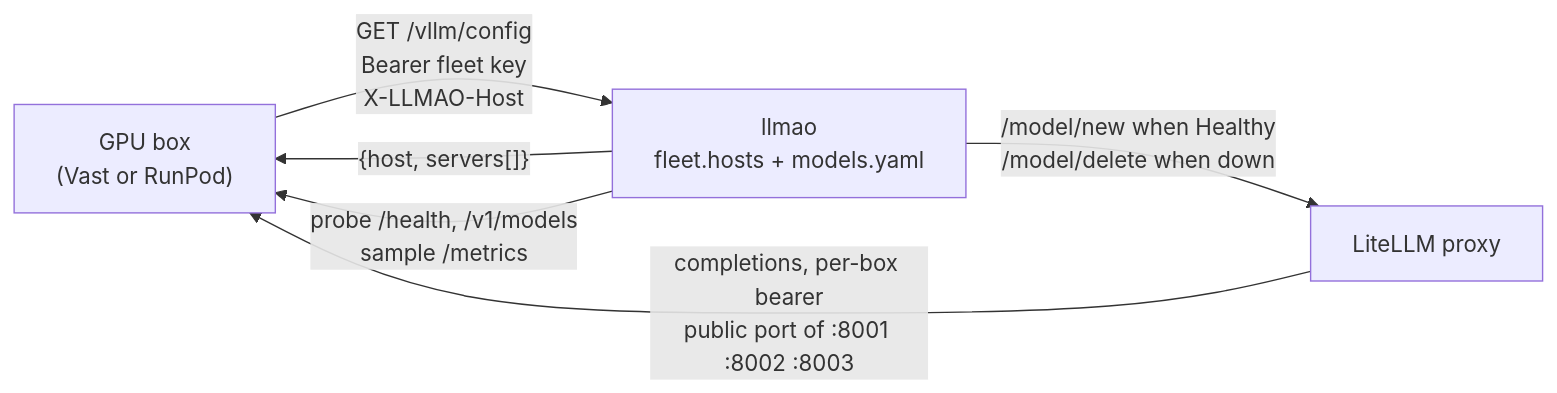
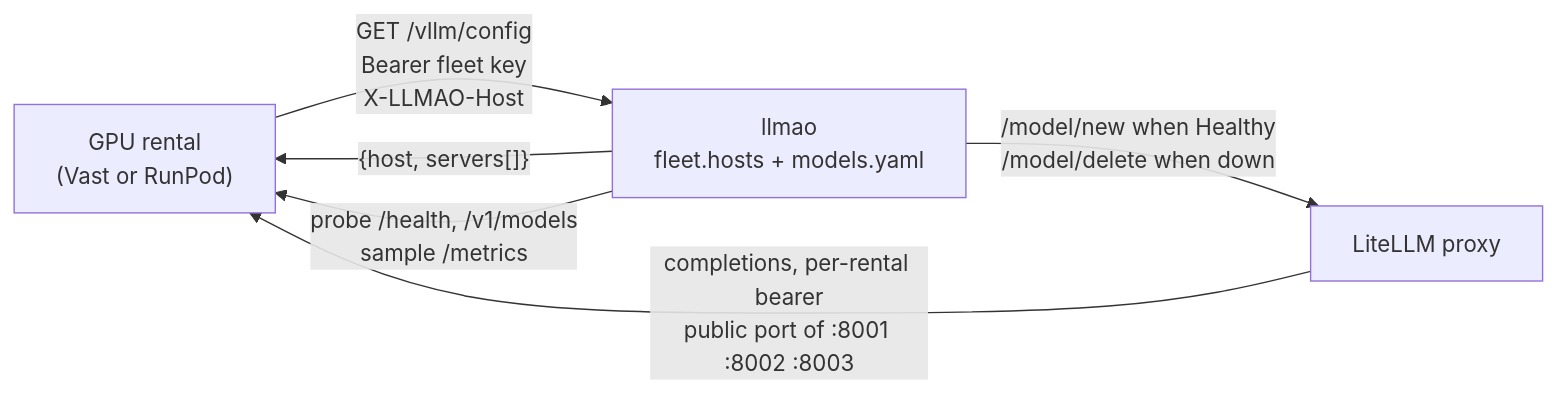
Before and after one commit to apache/tooling-llmao: the diagram in docs/rental-protocol.md, drawn with Mermaid. The commit also changed other lines of this file and 77 other files, not shown here.

First line of the commit message:
box to rental, the words: comments, docs, config, messages, the page

````diff
--- a/docs/rental-protocol.md
+++ b/docs/rental-protocol.md
@@ -10,11 +10,11 @@
 ```mermaid
 flowchart LR
-    BOX["GPU box<br/>(Vast or RunPod)"]
+    RENTAL["GPU rental<br/>(Vast or RunPod)"]
     LLMAO["llmao<br/>fleet.hosts + models.yaml"]
     LITELLM["LiteLLM proxy"]
-    BOX -- "GET /vllm/config<br/>Bearer fleet key<br/>X-LLMAO-Host" --> LLMAO
-    LLMAO -- "{host, servers[]}" --> BOX
-    LLMAO -- "probe /health, /v1/models<br/>sample /metrics" --> BOX
+    RENTAL -- "GET /vllm/config<br/>Bearer fleet key<br/>X-LLMAO-Host" --> LLMAO
+    LLMAO -- "{host, servers[]}" --> RENTAL
+    LLMAO -- "probe /health, /v1/models<br/>sample /metrics" --> RENTAL
     LLMAO -- "/model/new when Healthy<br/>/model/delete when down" --> LITELLM
-    LITELLM -- "completions, per-box bearer<br/>public port of :8001 :8002 :8003" --> BOX
+    LITELLM -- "completions, per-rental bearer<br/>public port of :8001 :8002 :8003" --> RENTAL
 ```
````
